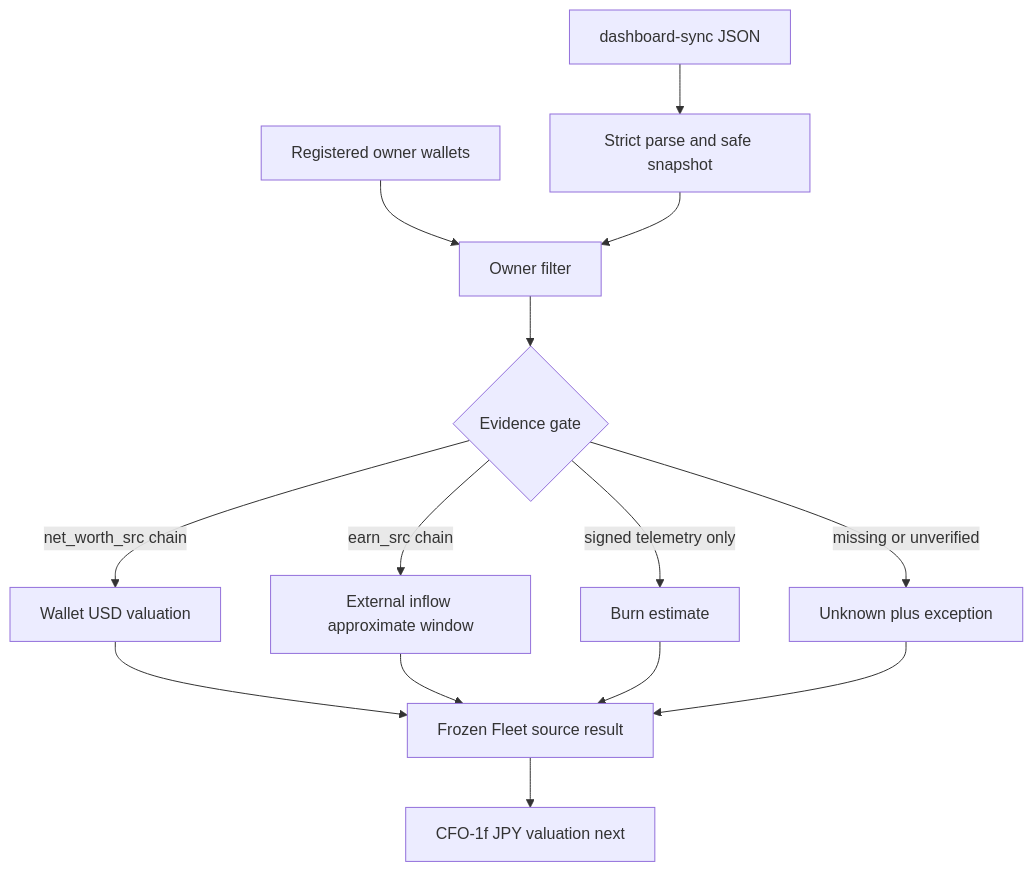
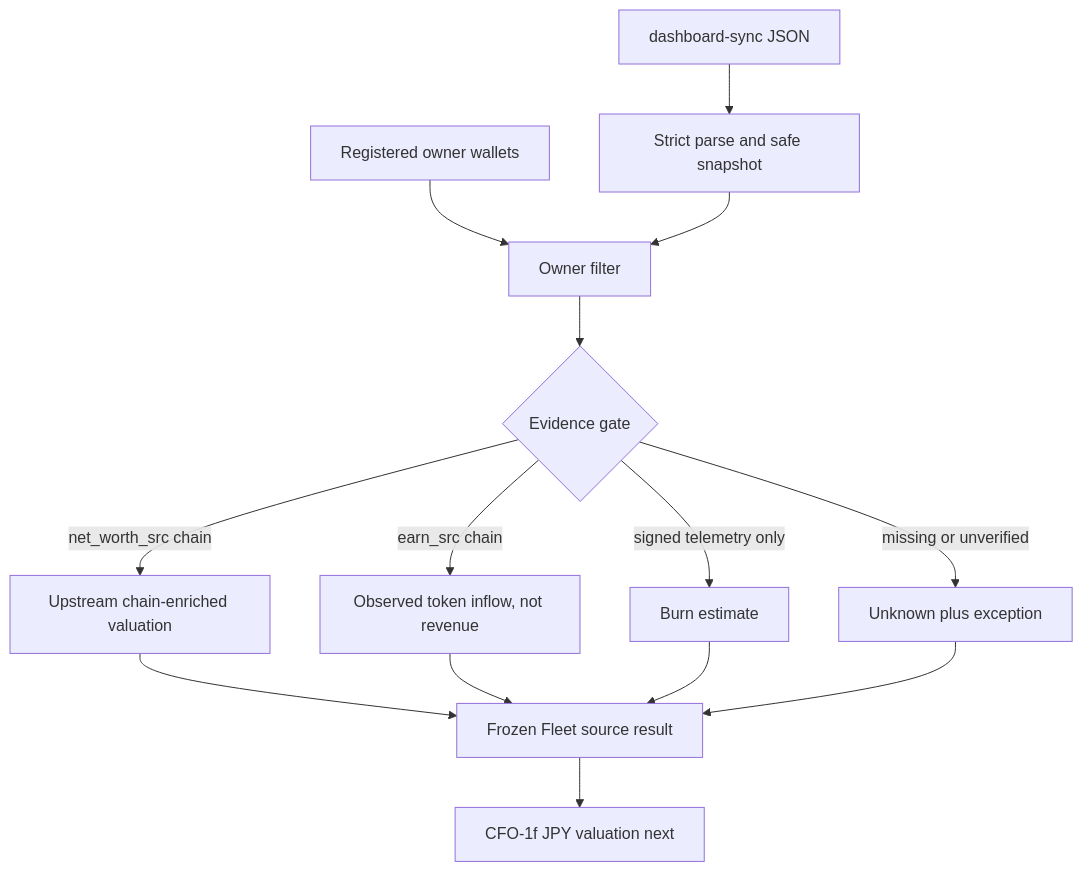
Before and after one commit to Daisuke134/anicca: the second of 2 diagrams in docs/superpowers/specs/2026-08-09-life-manager-cfo-fleet-read-design.md, drawn with Mermaid. The commit also changed other lines of this file and 2 other files, not shown here.

````diff
--- a/docs/superpowers/specs/2026-08-09-life-manager-cfo-fleet-read-design.md
+++ b/docs/superpowers/specs/2026-08-09-life-manager-cfo-fleet-read-design.md
@@ -161,16 +188,16 @@
 ```mermaid
 flowchart TB
     S[dashboard-sync JSON] --> P[Strict parse and safe snapshot]
     R[Registered owner wallets] --> O[Owner filter]
     P --> O
     O --> V{Evidence gate}
-    V -->|net_worth_src chain| W[Wallet USD valuation]
-    V -->|earn_src chain| E[External inflow approximate window]
+    V -->|net_worth_src chain| W[Upstream chain-enriched valuation]
+    V -->|earn_src chain| E[Observed token inflow, not revenue]
     V -->|signed telemetry only| B[Burn estimate]
     V -->|missing or unverified| U[Unknown plus exception]
     W --> C[Frozen Fleet source result]
     E --> C
     B --> C
     U --> C
     C --> N[CFO-1f JPY valuation next]
 ```
````
